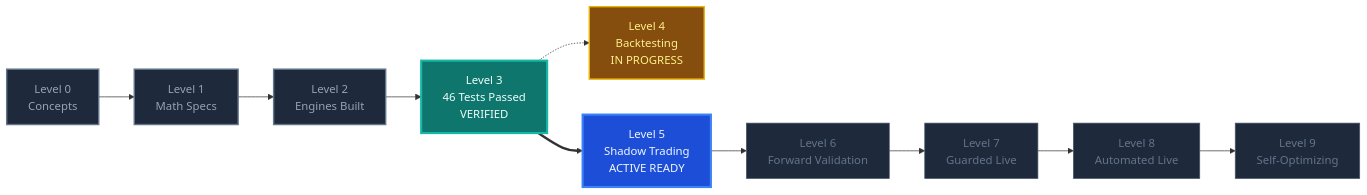
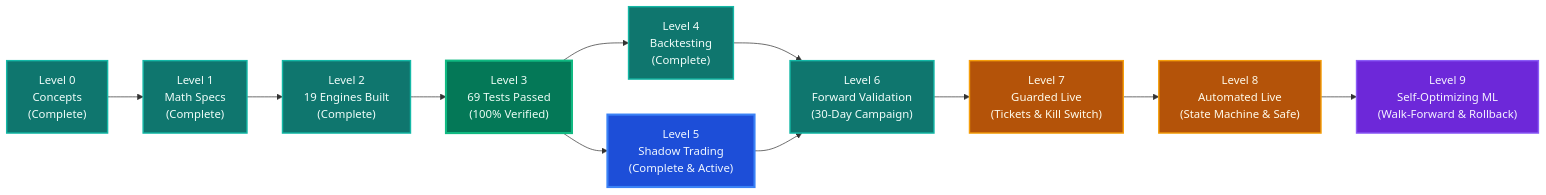
Before and after one commit to devparmar074/Auto_fno_V1: the second of 2 diagrams in README.md, drawn with Mermaid. The commit also changed other lines of this file and 30 other files, not shown here.

Commit message:
feat(v2): complete Level 0 to Level 9 Quantitative Conviction Engine with backtesting, forward validation, guarded/automated execution, walk-forward ML optimization, and health monitoring

````diff
--- a/README.md
+++ b/README.md
@@ -523,23 +542,24 @@
 ```mermaid
 graph LR
-    L0[Level 0<br/>Concepts] --> L1[Level 1<br/>Math Specs]
-    L1 --> L2[Level 2<br/>Engines Built]
-    L2 --> L3[Level 3<br/>46 Tests Passed<br/>VERIFIED]
-    L3 -.-> L4[Level 4<br/>Backtesting<br/>IN PROGRESS]
-    L3 ==> L5[Level 5<br/>Shadow Trading<br/>ACTIVE READY]
-    L5 --> L6[Level 6<br/>Forward Validation]
-    L6 --> L7[Level 7<br/>Guarded Live]
-    L7 --> L8[Level 8<br/>Automated Live]
-    L8 --> L9[Level 9<br/>Self-Optimizing]
+    L0["Level 0<br/>Concepts<br/>(Complete)"] --> L1["Level 1<br/>Math Specs<br/>(Complete)"]
+    L1 --> L2["Level 2<br/>19 Engines Built<br/>(Complete)"]
+    L2 --> L3["Level 3<br/>69 Tests Passed<br/>(100% Verified)"]
+    L3 --> L4["Level 4<br/>Backtesting<br/>(Complete)"]
+    L3 --> L5["Level 5<br/>Shadow Trading<br/>(Complete & Active)"]
+    L4 --> L6["Level 6<br/>Forward Validation<br/>(30-Day Campaign)"]
+    L5 --> L6
+    L6 --> L7["Level 7<br/>Guarded Live<br/>(Tickets & Kill Switch)"]
+    L7 --> L8["Level 8<br/>Automated Live<br/>(State Machine & Safe)"]
+    L8 --> L9["Level 9<br/>Self-Optimizing ML<br/>(Walk-Forward & Rollback)"]
 
-    style L0 fill:#1e293b,stroke:#64748b,stroke-width:2px,color:#94a3b8
-    style L1 fill:#1e293b,stroke:#64748b,stroke-width:2px,color:#94a3b8
-    style L2 fill:#1e293b,stroke:#64748b,stroke-width:2px,color:#94a3b8
-    style L3 fill:#0f766e,stroke:#14b8a6,stroke-width:3px,color:#f0fdfa
-    style L4 fill:#854d0e,stroke:#eab308,stroke-width:2px,color:#fef08a
+    style L0 fill:#0f766e,stroke:#14b8a6,stroke-width:2px,color:#f0fdfa
+    style L1 fill:#0f766e,stroke:#14b8a6,stroke-width:2px,color:#f0fdfa
+    style L2 fill:#0f766e,stroke:#14b8a6,stroke-width:2px,color:#f0fdfa
+    style L3 fill:#047857,stroke:#10b981,stroke-width:3px,color:#ecfdf5
+    style L4 fill:#0f766e,stroke:#14b8a6,stroke-width:2px,color:#f0fdfa
     style L5 fill:#1d4ed8,stroke:#3b82f6,stroke-width:3px,color:#eff6ff
-    style L6 fill:#1e293b,stroke:#475569,stroke-width:1px,color:#64748b
-    style L7 fill:#1e293b,stroke:#475569,stroke-width:1px,color:#64748b
-    style L8 fill:#1e293b,stroke:#475569,stroke-width:1px,color:#64748b
-    style L9 fill:#1e293b,stroke:#475569,stroke-width:1px,color:#64748b
+    style L6 fill:#0f766e,stroke:#14b8a6,stroke-width:2px,color:#f0fdfa
+    style L7 fill:#b45309,stroke:#f59e0b,stroke-width:2px,color:#fffbeb
+    style L8 fill:#b45309,stroke:#f59e0b,stroke-width:2px,color:#fffbeb
+    style L9 fill:#6d28d9,stroke:#8b5cf6,stroke-width:2px,color:#f5f3ff
 ```
````
